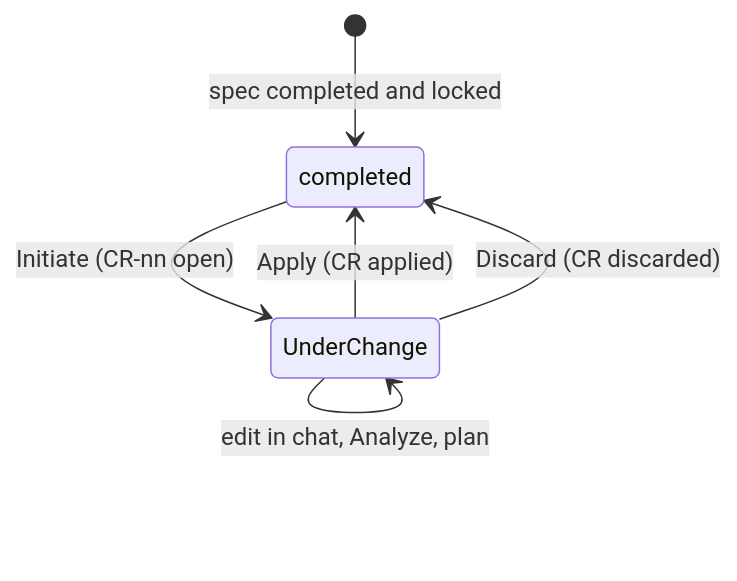
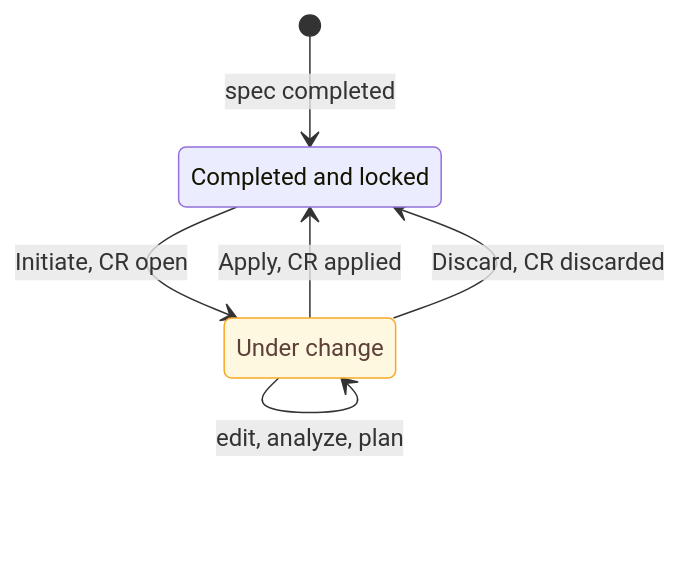
Before and after one commit to ram-020998/project-tracker: the fifth of 5 diagrams in genesis/architecture/modules/features-and-stages.md, drawn with Mermaid. The commit also changed other lines of this file and 24 other files, not shown here.

First line of the commit message:
architecture: rewrite all 86 Mermaid diagrams to one C4 style, each render-checked

````diff
--- a/genesis/architecture/modules/features-and-stages.md
+++ b/genesis/architecture/modules/features-and-stages.md
@@ -481,8 +524,15 @@
 ```mermaid
 stateDiagram-v2
-    [*] --> completed : spec completed and locked
-    completed --> UnderChange : Initiate (CR-nn open)
-    UnderChange --> UnderChange : edit in chat, Analyze, plan
-    UnderChange --> completed : Apply (CR applied)
-    UnderChange --> completed : Discard (CR discarded)
+    direction TB
+    state "Completed and locked" as comp
+    state "Under change" as uc
+    [*] --> comp : spec completed
+    comp --> uc : Initiate, CR open
+    uc --> uc : edit, analyze, plan
+    uc --> comp : Apply, CR applied
+    uc --> comp : Discard, CR discarded
+    classDef terminal fill:#e8f5e9,stroke:#2e7d32,color:#1b5e20
+    classDef waiting fill:#fff8e1,stroke:#f9a825,color:#5d4037
+    classDef bad fill:#ffebee,stroke:#c62828,color:#b71c1c
+    class uc waiting
 ```
````
